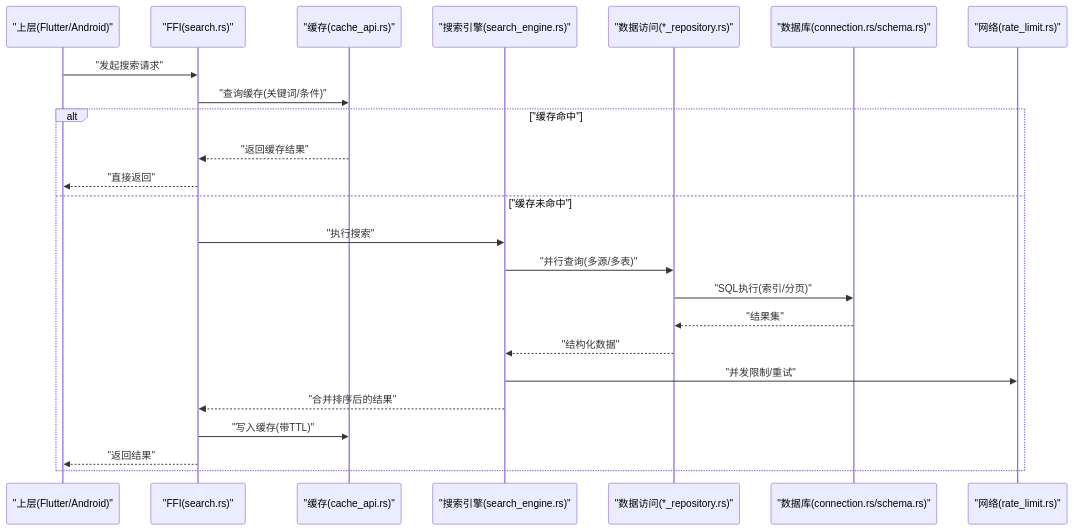
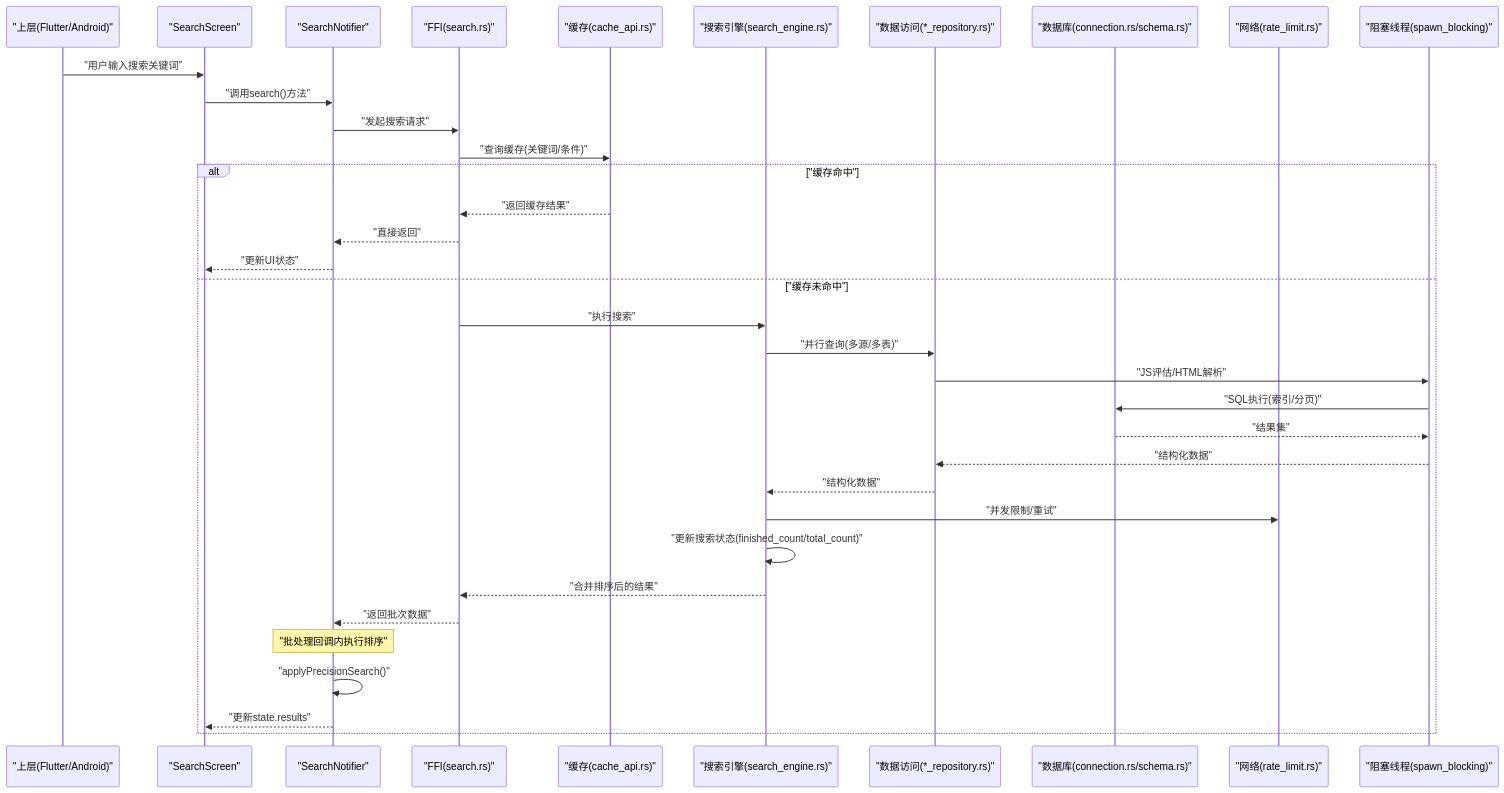
One commit to ZhangGHGitHub/LegadoTeamFlutter changed the second of 7 diagrams in .qoder/repowiki/zh/content/搜索功能/搜索性能优化.md. Above: the diagram before and after it, drawn with Mermaid. The commit also changed other lines of this file and 173 other files, not shown here.

````diff
--- a/.qoder/repowiki/zh/content/搜索功能/搜索性能优化.md
+++ b/.qoder/repowiki/zh/content/搜索功能/搜索性能优化.md
@@ -123,26 +152,37 @@
 ```mermaid
 sequenceDiagram
 participant UI as "上层(Flutter/Android)"
+participant Screen as "SearchScreen"
+participant Notifier as "SearchNotifier"
 participant FFI as "FFI(search.rs)"
 participant Cache as "缓存(cache_api.rs)"
 participant Engine as "搜索引擎(search_engine.rs)"
 participant Repo as "数据访问(*_repository.rs)"
 participant DB as "数据库(connection.rs/schema.rs)"
 participant Net as "网络(rate_limit.rs)"
-UI->>FFI : "发起搜索请求"
+participant Blocking as "阻塞线程(spawn_blocking)"
+UI->>Screen : "用户输入搜索关键词"
+Screen->>Notifier : "调用search()方法"
+Notifier->>FFI : "发起搜索请求"
 FFI->>Cache : "查询缓存(关键词/条件)"
 alt "缓存命中"
 Cache-->>FFI : "返回缓存结果"
-FFI-->>UI : "直接返回"
+FFI-->>Notifier : "直接返回"
+Notifier-->>Screen : "更新UI状态"
 else "缓存未命中"
 FFI->>Engine : "执行搜索"
 Engine->>Repo : "并行查询(多源/多表)"
-Repo->>DB : "SQL执行(索引/分页)"
-DB-->>Repo : "结果集"
+Repo->>Blocking : "JS评估/HTML解析"
+Blocking->>DB : "SQL执行(索引/分页)"
+DB-->>Blocking : "结果集"
+Blocking-->>Repo : "结构化数据"
 Repo-->>Engine : "结构化数据"
 Engine->>Net : "并发限制/重试"
+Engine->>Engine : "更新搜索状态(finished_count/total_count)"
 Engine-->>FFI : "合并排序后的结果"
-FFI->>Cache : "写入缓存(带TTL)"
-FFI-->>UI : "返回结果"
+FFI-->>Notifier : "返回批次数据"
+Note over Notifier : "批处理回调内执行排序"
+Notifier->>Notifier : "applyPrecisionSearch()"
+Notifier-->>Screen : "更新state.results"
 end
 ```
````
